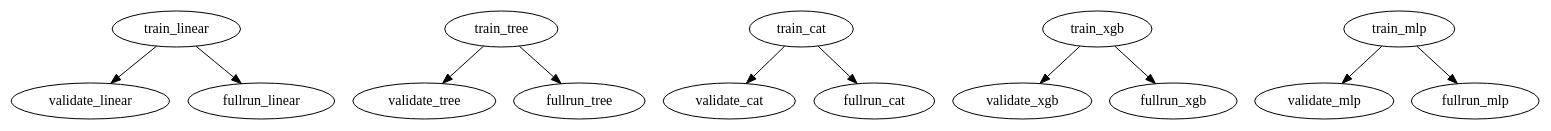
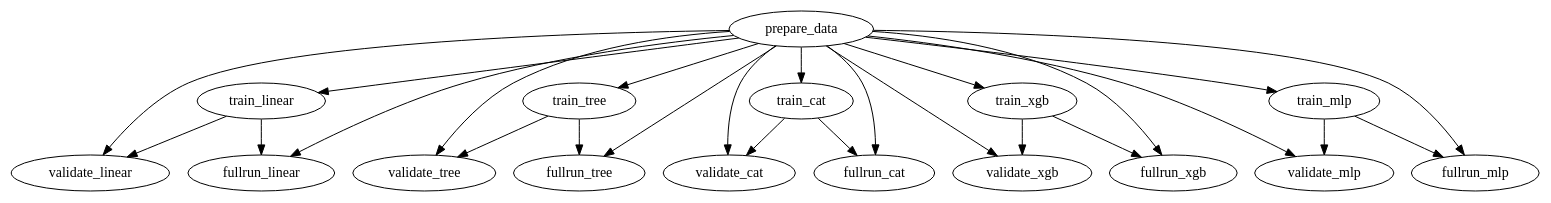
The diagram in final_dvc_graph.dot (Mlt-666/tpu_8EM41_ML_course), drawn with Graphviz before and after one commit. The commit also changed 63 other files, not shown here.

```diff
--- a/final_dvc_graph.dot
+++ b/final_dvc_graph.dot
@@ -1,27 +1,43 @@
 strict digraph {
 "train_linear";
 "validate_linear";
 "fullrun_linear";
 "train_tree";
 "validate_tree";
 "fullrun_tree";
 "train_cat";
 "validate_cat";
 "fullrun_cat";
 "train_xgb";
 "validate_xgb";
 "fullrun_xgb";
 "train_mlp";
 "validate_mlp";
 "fullrun_mlp";
+"prepare_data";
 "train_linear" -> "validate_linear";
 "train_linear" -> "fullrun_linear";
 "train_tree" -> "validate_tree";
 "train_tree" -> "fullrun_tree";
 "train_cat" -> "validate_cat";
 "train_cat" -> "fullrun_cat";
 "train_xgb" -> "validate_xgb";
 "train_xgb" -> "fullrun_xgb";
 "train_mlp" -> "validate_mlp";
 "train_mlp" -> "fullrun_mlp";
+"prepare_data" -> "train_linear";
+"prepare_data" -> "validate_linear";
+"prepare_data" -> "fullrun_linear";
+"prepare_data" -> "train_tree";
+"prepare_data" -> "validate_tree";
+"prepare_data" -> "fullrun_tree";
+"prepare_data" -> "train_cat";
+"prepare_data" -> "validate_cat";
+"prepare_data" -> "fullrun_cat";
+"prepare_data" -> "train_xgb";
+"prepare_data" -> "validate_xgb";
+"prepare_data" -> "fullrun_xgb";
+"prepare_data" -> "train_mlp";
+"prepare_data" -> "validate_mlp";
+"prepare_data" -> "fullrun_mlp";
 }
```
